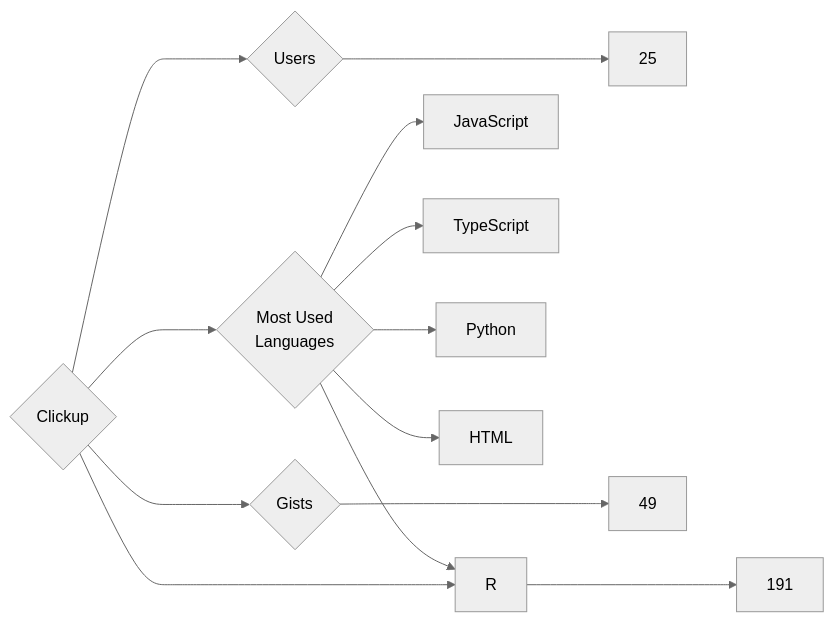
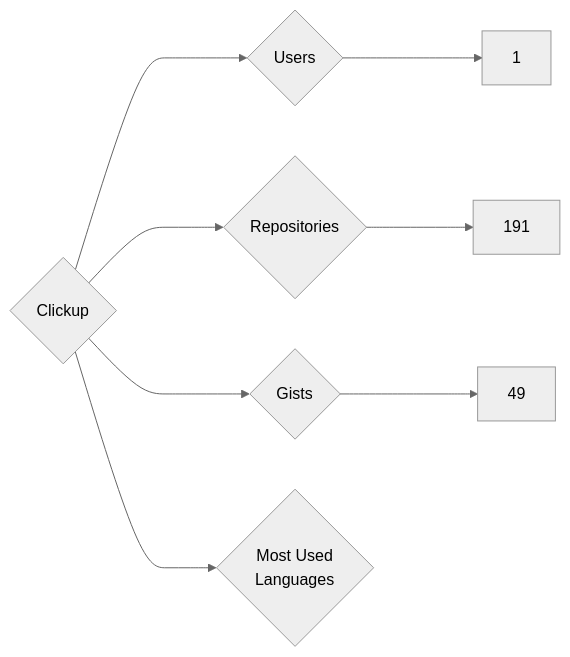
Before and after one commit to trickest/insiders: the diagram in targets/Clickup/README.md, drawn with Mermaid (neutral theme). The commit also changed 900 other files, not shown here.

````diff
--- a/targets/Clickup/README.md
+++ b/targets/Clickup/README.md
@@ -3,13 +3,8 @@
 ```mermaid
 graph LR
 COMPANY_NAME{Clickup}
-COMPANY_NAME ---> U{Users} ---> UN[25]
+COMPANY_NAME ---> U{Users} ---> UN[1]
 COMPANY_NAME ---> R{Repositories} ---> RN[191]
 COMPANY_NAME ---> G{Gists} ---> GN[49]
 COMPANY_NAME ---> ML{Most Used<br>Languages}
-ML --> JavaScript[JavaScript]
-ML --> TypeScript[TypeScript]
-ML --> R[R]
-ML --> Python[Python]
-ML --> HTML[HTML]
 ```
````
